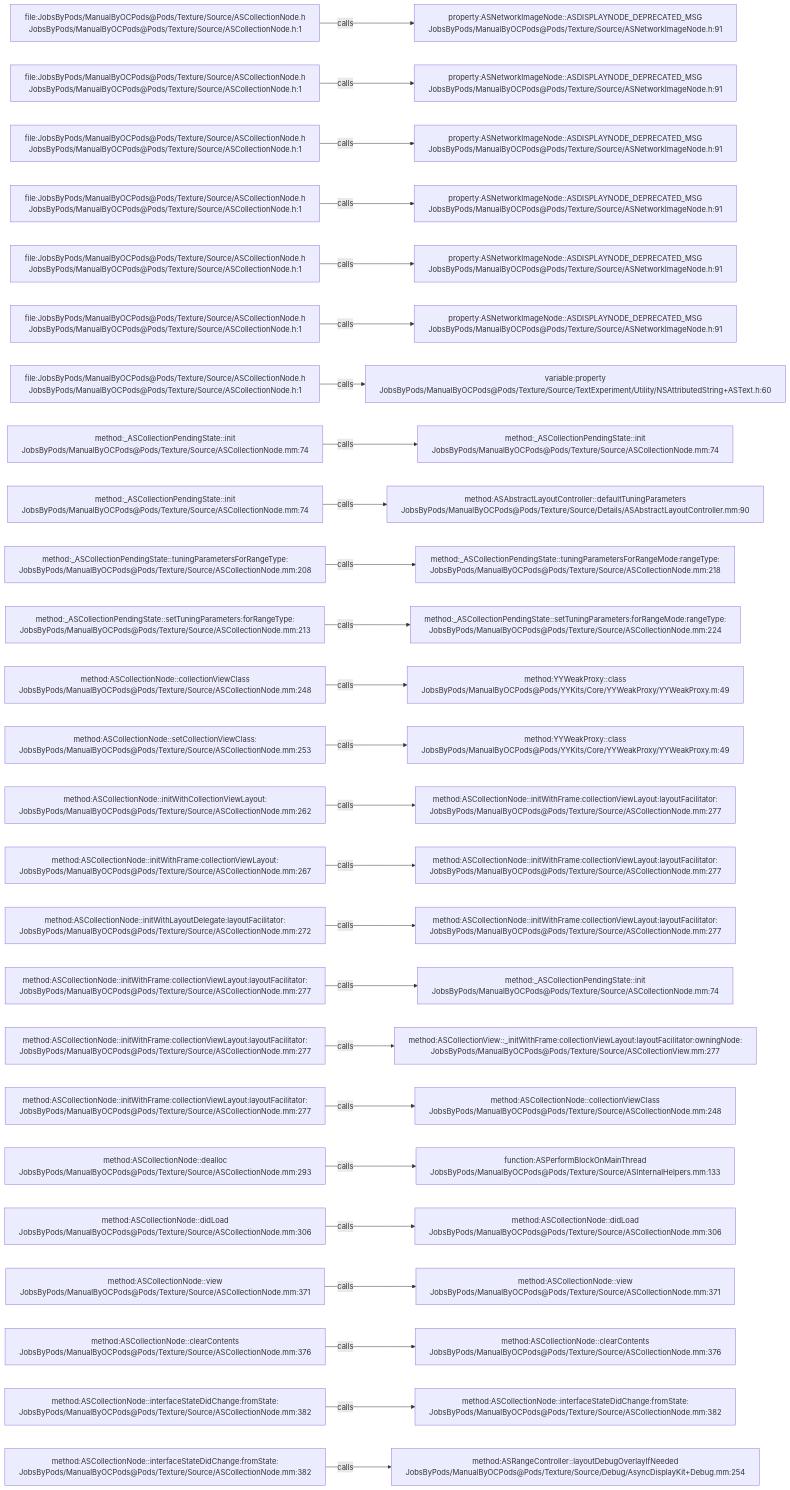
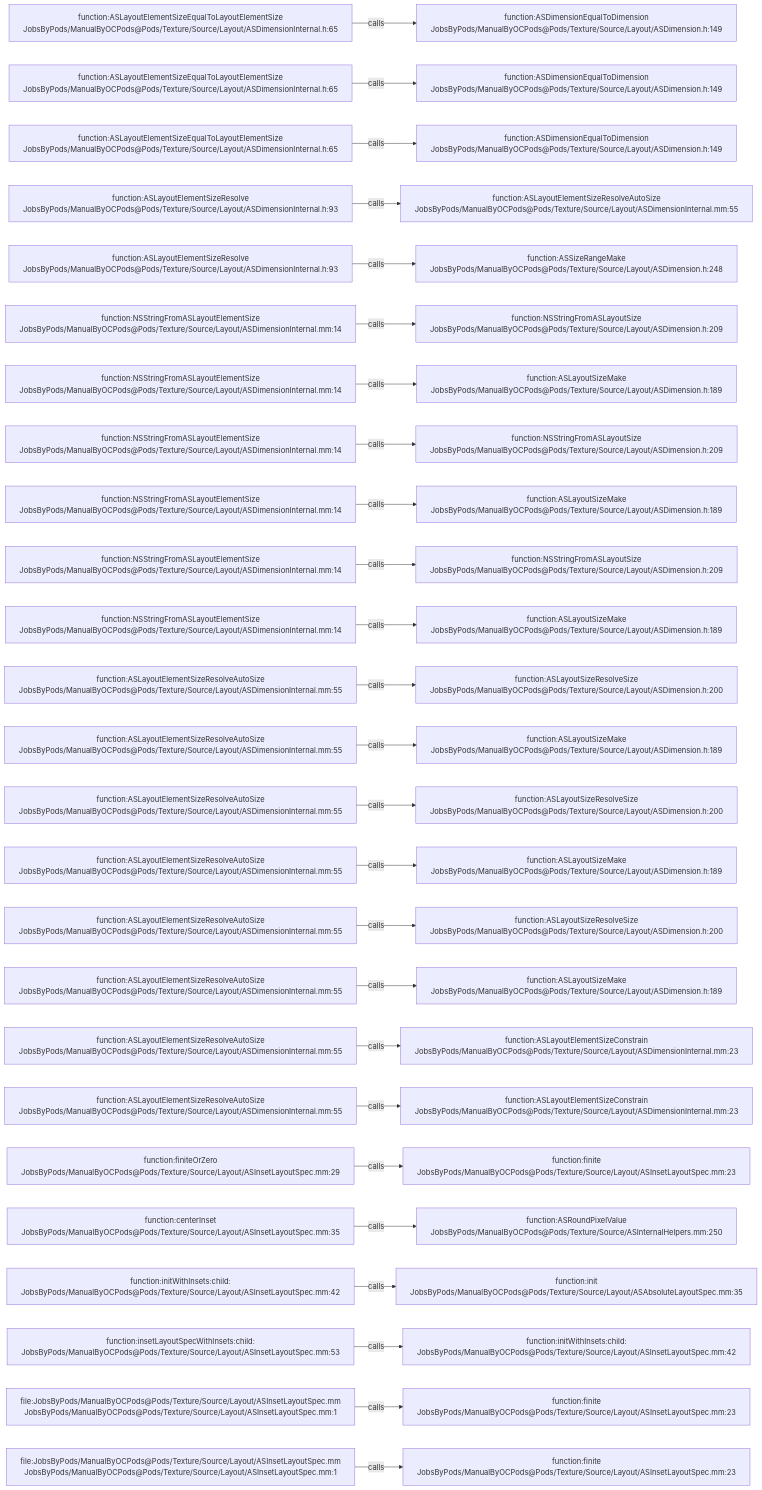
Before and after one commit to JobsKits/JobsOCBaseConfigDemo: the diagram in .codegraph/codegraph.md/graphs/calls-185.md, drawn with Mermaid. The commit also changed 2162 other files, not shown here.

````diff
--- a/.codegraph/codegraph.md/graphs/calls-185.md
+++ b/.codegraph/codegraph.md/graphs/calls-185.md
@@ -13,78 +13,78 @@
 ```mermaid
 flowchart LR
-  S1["file:JobsByPods/ManualByOCPods@Pods/Texture/Source/ASCollectionNode.h<br/>JobsByPods/ManualByOCPods@Pods/Texture/Source/ASCollectionNode.h:1"]
-  T1["property:ASNetworkImageNode::ASDISPLAYNODE_DEPRECATED_MSG<br/>JobsByPods/ManualByOCPods@Pods/Texture/Source/ASNetworkImageNode.h:91"]
+  S1["function:ASLayoutElementSizeEqualToLayoutElementSize<br/>JobsByPods/ManualByOCPods@Pods/Texture/Source/Layout/ASDimensionInternal.h:65"]
+  T1["function:ASDimensionEqualToDimension<br/>JobsByPods/ManualByOCPods@Pods/Texture/Source/Layout/ASDimension.h:149"]
   S1 -->|calls| T1
-  S2["file:JobsByPods/ManualByOCPods@Pods/Texture/Source/ASCollectionNode.h<br/>JobsByPods/ManualByOCPods@Pods/Texture/Source/ASCollectionNode.h:1"]
-  T2["property:ASNetworkImageNode::ASDISPLAYNODE_DEPRECATED_MSG<br/>JobsByPods/ManualByOCPods@Pods/Texture/Source/ASNetworkImageNode.h:91"]
+  S2["function:ASLayoutElementSizeEqualToLayoutElementSize<br/>JobsByPods/ManualByOCPods@Pods/Texture/Source/Layout/ASDimensionInternal.h:65"]
+  T2["function:ASDimensionEqualToDimension<br/>JobsByPods/ManualByOCPods@Pods/Texture/Source/Layout/ASDimension.h:149"]
   S2 -->|calls| T2
-  S3["file:JobsByPods/ManualByOCPods@Pods/Texture/Source/ASCollectionNode.h<br/>JobsByPods/ManualByOCPods@Pods/Texture/Source/ASCollectionNode.h:1"]
-  T3["property:ASNetworkImageNode::ASDISPLAYNODE_DEPRECATED_MSG<br/>JobsByPods/ManualByOCPods@Pods/Texture/Source/ASNetworkImageNode.h:91"]
+  S3["function:ASLayoutElementSizeEqualToLayoutElementSize<br/>JobsByPods/ManualByOCPods@Pods/Texture/Source/Layout/ASDimensionInternal.h:65"]
+  T3["function:ASDimensionEqualToDimension<br/>JobsByPods/ManualByOCPods@Pods/Texture/Source/Layout/ASDimension.h:149"]
   S3 -->|calls| T3
-  S4["file:JobsByPods/ManualByOCPods@Pods/Texture/Source/ASCollectionNode.h<br/>JobsByPods/ManualByOCPods@Pods/Texture/Source/ASCollectionNode.h:1"]
-  T4["property:ASNetworkImageNode::ASDISPLAYNODE_DEPRECATED_MSG<br/>JobsByPods/ManualByOCPods@Pods/Texture/Source/ASNetworkImageNode.h:91"]
+  S4["function:ASLayoutElementSizeResolve<br/>JobsByPods/ManualByOCPods@Pods/Texture/Source/Layout/ASDimensionInternal.h:93"]
+  T4["function:ASLayoutElementSizeResolveAutoSize<br/>JobsByPods/ManualByOCPods@Pods/Texture/Source/Layout/ASDimensionInternal.mm:55"]
   S4 -->|calls| T4
-  S5["file:JobsByPods/ManualByOCPods@Pods/Texture/Source/ASCollectionNode.h<br/>JobsByPods/ManualByOCPods@Pods/Texture/Source/ASCollectionNode.h:1"]
-  T5["property:ASNetworkImageNode::ASDISPLAYNODE_DEPRECATED_MSG<br/>JobsByPods/ManualByOCPods@Pods/Texture/Source/ASNetworkImageNode.h:91"]
+  S5["function:ASLayoutElementSizeResolve<br/>JobsByPods/ManualByOCPods@Pods/Texture/Source/Layout/ASDimensionInternal.h:93"]
+  T5["function:ASSizeRangeMake<br/>JobsByPods/ManualByOCPods@Pods/Texture/Source/Layout/ASDimension.h:248"]
   S5 -->|calls| T5
-  S6["file:JobsByPods/ManualByOCPods@Pods/Texture/Source/ASCollectionNode.h<br/>JobsByPods/ManualByOCPods@Pods/Texture/Source/ASCollectionNode.h:1"]
-  T6["property:ASNetworkImageNode::ASDISPLAYNODE_DEPRECATED_MSG<br/>JobsByPods/ManualByOCPods@Pods/Texture/Source/ASNetworkImageNode.h:91"]
+  S6["function:NSStringFromASLayoutElementSize<br/>JobsByPods/ManualByOCPods@Pods/Texture/Source/Layout/ASDimensionInternal.mm:14"]
+  T6["function:NSStringFromASLayoutSize<br/>JobsByPods/ManualByOCPods@Pods/Texture/Source/Layout/ASDimension.h:209"]
   S6 -->|calls| T6
-  S7["file:JobsByPods/ManualByOCPods@Pods/Texture/Source/ASCollectionNode.h<br/>JobsByPods/ManualByOCPods@Pods/Texture/Source/ASCollectionNode.h:1"]
-  T7["variable:property<br/>JobsByPods/ManualByOCPods@Pods/Texture/Source/TextExperiment/Utility/NSAttributedString+ASText.h:60"]
+  S7["function:NSStringFromASLayoutElementSize<br/>JobsByPods/ManualByOCPods@Pods/Texture/Source/Layout/ASDimensionInternal.mm:14"]
+  T7["function:ASLayoutSizeMake<br/>JobsByPods/ManualByOCPods@Pods/Texture/Source/Layout/ASDimension.h:189"]
   S7 -->|calls| T7
-  S8["method:_ASCollectionPendingState::init<br/>JobsByPods/ManualByOCPods@Pods/Texture/Source/ASCollectionNode.mm:74"]
-  T8["method:_ASCollectionPendingState::init<br/>JobsByPods/ManualByOCPods@Pods/Texture/Source/ASCollectionNode.mm:74"]
+  S8["function:NSStringFromASLayoutElementSize<br/>JobsByPods/ManualByOCPods@Pods/Texture/Source/Layout/ASDimensionInternal.mm:14"]
+  T8["function:NSStringFromASLayoutSize<br/>JobsByPods/ManualByOCPods@Pods/Texture/Source/Layout/ASDimension.h:209"]
   S8 -->|calls| T8
-  S9["method:_ASCollectionPendingState::init<br/>JobsByPods/ManualByOCPods@Pods/Texture/Source/ASCollectionNode.mm:74"]
-  T9["method:ASAbstractLayoutController::defaultTuningParameters<br/>JobsByPods/ManualByOCPods@Pods/Texture/Source/Details/ASAbstractLayoutController.mm:90"]
+  S9["function:NSStringFromASLayoutElementSize<br/>JobsByPods/ManualByOCPods@Pods/Texture/Source/Layout/ASDimensionInternal.mm:14"]
+  T9["function:ASLayoutSizeMake<br/>JobsByPods/ManualByOCPods@Pods/Texture/Source/Layout/ASDimension.h:189"]
   S9 -->|calls| T9
-  S10["method:_ASCollectionPendingState::tuningParametersForRangeType:<br/>JobsByPods/ManualByOCPods@Pods/Texture/Source/ASCollectionNode.mm:208"]
-  T10["method:_ASCollectionPendingState::tuningParametersForRangeMode:rangeType:<br/>JobsByPods/ManualByOCPods@Pods/Texture/Source/ASCollectionNode.mm:218"]
+  S10["function:NSStringFromASLayoutElementSize<br/>JobsByPods/ManualByOCPods@Pods/Texture/Source/Layout/ASDimensionInternal.mm:14"]
+  T10["function:NSStringFromASLayoutSize<br/>JobsByPods/ManualByOCPods@Pods/Texture/Source/Layout/ASDimension.h:209"]
   S10 -->|calls| T10
-  S11["method:_ASCollectionPendingState::setTuningParameters:forRangeType:<br/>JobsByPods/ManualByOCPods@Pods/Texture/Source/ASCollectionNode.mm:213"]
-  T11["method:_ASCollectionPendingState::setTuningParameters:forRangeMode:rangeType:<br/>JobsByPods/ManualByOCPods@Pods/Texture/Source/ASCollectionNode.mm:224"]
+  S11["function:NSStringFromASLayoutElementSize<br/>JobsByPods/ManualByOCPods@Pods/Texture/Source/Layout/ASDimensionInternal.mm:14"]
+  T11["function:ASLayoutSizeMake<br/>JobsByPods/ManualByOCPods@Pods/Texture/Source/Layout/ASDimension.h:189"]
   S11 -->|calls| T11
-  S12["method:ASCollectionNode::collectionViewClass<br/>JobsByPods/ManualByOCPods@Pods/Texture/Source/ASCollectionNode.mm:248"]
-  T12["method:YYWeakProxy::class<br/>JobsByPods/ManualByOCPods@Pods/YYKits/Core/YYWeakProxy/YYWeakProxy.m:49"]
+  S12["function:ASLayoutElementSizeResolveAutoSize<br/>JobsByPods/ManualByOCPods@Pods/Texture/Source/Layout/ASDimensionInternal.mm:55"]
+  T12["function:ASLayoutSizeResolveSize<br/>JobsByPods/ManualByOCPods@Pods/Texture/Source/Layout/ASDimension.h:200"]
   S12 -->|calls| T12
-  S13["method:ASCollectionNode::setCollectionViewClass:<br/>JobsByPods/ManualByOCPods@Pods/Texture/Source/ASCollectionNode.mm:253"]
-  T13["method:YYWeakProxy::class<br/>JobsByPods/ManualByOCPods@Pods/YYKits/Core/YYWeakProxy/YYWeakProxy.m:49"]
+  S13["function:ASLayoutElementSizeResolveAutoSize<br/>JobsByPods/ManualByOCPods@Pods/Texture/Source/Layout/ASDimensionInternal.mm:55"]
+  T13["function:ASLayoutSizeMake<br/>JobsByPods/ManualByOCPods@Pods/Texture/Source/Layout/ASDimension.h:189"]
   S13 -->|calls| T13
-  S14["method:ASCollectionNode::initWithCollectionViewLayout:<br/>JobsByPods/ManualByOCPods@Pods/Texture/Source/ASCollectionNode.mm:262"]
-  T14["method:ASCollectionNode::initWithFrame:collectionViewLayout:layoutFacilitator:<br/>JobsByPods/ManualByOCPods@Pods/Texture/Source/ASCollectionNode.mm:277"]
+  S14["function:ASLayoutElementSizeResolveAutoSize<br/>JobsByPods/ManualByOCPods@Pods/Texture/Source/Layout/ASDimensionInternal.mm:55"]
+  T14["function:ASLayoutSizeResolveSize<br/>JobsByPods/ManualByOCPods@Pods/Texture/Source/Layout/ASDimension.h:200"]
   S14 -->|calls| T14
-  S15["method:ASCollectionNode::initWithFrame:collectionViewLayout:<br/>JobsByPods/ManualByOCPods@Pods/Texture/Source/ASCollectionNode.mm:267"]
-  T15["method:ASCollectionNode::initWithFrame:collectionViewLayout:layoutFacilitator:<br/>JobsByPods/ManualByOCPods@Pods/Texture/Source/ASCollectionNode.mm:277"]
+  S15["function:ASLayoutElementSizeResolveAutoSize<br/>JobsByPods/ManualByOCPods@Pods/Texture/Source/Layout/ASDimensionInternal.mm:55"]
+  T15["function:ASLayoutSizeMake<br/>JobsByPods/ManualByOCPods@Pods/Texture/Source/Layout/ASDimension.h:189"]
   S15 -->|calls| T15
-  S16["method:ASCollectionNode::initWithLayoutDelegate:layoutFacilitator:<br/>JobsByPods/ManualByOCPods@Pods/Texture/Source/ASCollectionNode.mm:272"]
-  T16["method:ASCollectionNode::initWithFrame:collectionViewLayout:layoutFacilitator:<br/>JobsByPods/ManualByOCPods@Pods/Texture/Source/ASCollectionNode.mm:277"]
+  S16["function:ASLayoutElementSizeResolveAutoSize<br/>JobsByPods/ManualByOCPods@Pods/Texture/Source/Layout/ASDimensionInternal.mm:55"]
+  T16["function:ASLayoutSizeResolveSize<br/>JobsByPods/ManualByOCPods@Pods/Texture/Source/Layout/ASDimension.h:200"]
   S16 -->|calls| T16
-  S17["method:ASCollectionNode::initWithFrame:collectionViewLayout:layoutFacilitator:<br/>JobsByPods/ManualByOCPods@Pods/Texture/Source/ASCollectionNode.mm:277"]
-  T17["method:_ASCollectionPendingState::init<br/>JobsByPods/ManualByOCPods@Pods/Texture/Source/ASCollectionNode.mm:74"]
+  S17["function:ASLayoutElementSizeResolveAutoSize<br/>JobsByPods/ManualByOCPods@Pods/Texture/Source/Layout/ASDimensionInternal.mm:55"]
+  T17["function:ASLayoutSizeMake<br/>JobsByPods/ManualByOCPods@Pods/Texture/Source/Layout/ASDimension.h:189"]
   S17 -->|calls| T17
-  S18["method:ASCollectionNode::initWithFrame:collectionViewLayout:layoutFacilitator:<br/>JobsByPods/ManualByOCPods@Pods/Texture/Source/ASCollectionNode.mm:277"]
-  T18["method:ASCollectionView::_initWithFrame:collectionViewLayout:layoutFacilitator:owningNode:<br/>JobsByPods/ManualByOCPods@Pods/Texture/Source/ASCollectionView.mm:277"]
+  S18["function:ASLayoutElementSizeResolveAutoSize<br/>JobsByPods/ManualByOCPods@Pods/Texture/Source/Layout/ASDimensionInternal.mm:55"]
+  T18["function:ASLayoutElementSizeConstrain<br/>JobsByPods/ManualByOCPods@Pods/Texture/Source/Layout/ASDimensionInternal.mm:23"]
   S18 -->|calls| T18
-  S19["method:ASCollectionNode::initWithFrame:collectionViewLayout:layoutFacilitator:<br/>JobsByPods/ManualByOCPods@Pods/Texture/Source/ASCollectionNode.mm:277"]
-  T19["method:ASCollectionNode::collectionViewClass<br/>JobsByPods/ManualByOCPods@Pods/Texture/Source/ASCollectionNode.mm:248"]
+  S19["function:ASLayoutElementSizeResolveAutoSize<br/>JobsByPods/ManualByOCPods@Pods/Texture/Source/Layout/ASDimensionInternal.mm:55"]
+  T19["function:ASLayoutElementSizeConstrain<br/>JobsByPods/ManualByOCPods@Pods/Texture/Source/Layout/ASDimensionInternal.mm:23"]
   S19 -->|calls| T19
-  S20["method:ASCollectionNode::dealloc<br/>JobsByPods/ManualByOCPods@Pods/Texture/Source/ASCollectionNode.mm:293"]
-  T20["function:ASPerformBlockOnMainThread<br/>JobsByPods/ManualByOCPods@Pods/Texture/Source/ASInternalHelpers.mm:133"]
+  S20["function:finiteOrZero<br/>JobsByPods/ManualByOCPods@Pods/Texture/Source/Layout/ASInsetLayoutSpec.mm:29"]
+  T20["function:finite<br/>JobsByPods/ManualByOCPods@Pods/Texture/Source/Layout/ASInsetLayoutSpec.mm:23"]
   S20 -->|calls| T20
-  S21["method:ASCollectionNode::didLoad<br/>JobsByPods/ManualByOCPods@Pods/Texture/Source/ASCollectionNode.mm:306"]
-  T21["method:ASCollectionNode::didLoad<br/>JobsByPods/ManualByOCPods@Pods/Texture/Source/ASCollectionNode.mm:306"]
+  S21["function:centerInset<br/>JobsByPods/ManualByOCPods@Pods/Texture/Source/Layout/ASInsetLayoutSpec.mm:35"]
+  T21["function:ASRoundPixelValue<br/>JobsByPods/ManualByOCPods@Pods/Texture/Source/ASInternalHelpers.mm:250"]
   S21 -->|calls| T21
-  S22["method:ASCollectionNode::view<br/>JobsByPods/ManualByOCPods@Pods/Texture/Source/ASCollectionNode.mm:371"]
-  T22["method:ASCollectionNode::view<br/>JobsByPods/ManualByOCPods@Pods/Texture/Source/ASCollectionNode.mm:371"]
+  S22["function:initWithInsets:child:<br/>JobsByPods/ManualByOCPods@Pods/Texture/Source/Layout/ASInsetLayoutSpec.mm:42"]
+  T22["function:init<br/>JobsByPods/ManualByOCPods@Pods/Texture/Source/Layout/ASAbsoluteLayoutSpec.mm:35"]
   S22 -->|calls| T22
-  S23["method:ASCollectionNode::clearContents<br/>JobsByPods/ManualByOCPods@Pods/Texture/Source/ASCollectionNode.mm:376"]
-  T23["method:ASCollectionNode::clearContents<br/>JobsByPods/ManualByOCPods@Pods/Texture/Source/ASCollectionNode.mm:376"]
+  S23["function:insetLayoutSpecWithInsets:child:<br/>JobsByPods/ManualByOCPods@Pods/Texture/Source/Layout/ASInsetLayoutSpec.mm:53"]
+  T23["function:initWithInsets:child:<br/>JobsByPods/ManualByOCPods@Pods/Texture/Source/Layout/ASInsetLayoutSpec.mm:42"]
   S23 -->|calls| T23
-  S24["method:ASCollectionNode::interfaceStateDidChange:fromState:<br/>JobsByPods/ManualByOCPods@Pods/Texture/Source/ASCollectionNode.mm:382"]
-  T24["method:ASCollectionNode::interfaceStateDidChange:fromState:<br/>JobsByPods/ManualByOCPods@Pods/Texture/Source/ASCollectionNode.mm:382"]
+  S24["file:JobsByPods/ManualByOCPods@Pods/Texture/Source/Layout/ASInsetLayoutSpec.mm<br/>JobsByPods/ManualByOCPods@Pods/Texture/Source/Layout/ASInsetLayoutSpec.mm:1"]
+  T24["function:finite<br/>JobsByPods/ManualByOCPods@Pods/Texture/Source/Layout/ASInsetLayoutSpec.mm:23"]
   S24 -->|calls| T24
-  S25["method:ASCollectionNode::interfaceStateDidChange:fromState:<br/>JobsByPods/ManualByOCPods@Pods/Texture/Source/ASCollectionNode.mm:382"]
-  T25["method:ASRangeController::layoutDebugOverlayIfNeeded<br/>JobsByPods/ManualByOCPods@Pods/Texture/Source/Debug/AsyncDisplayKit+Debug.mm:254"]
+  S25["file:JobsByPods/ManualByOCPods@Pods/Texture/Source/Layout/ASInsetLayoutSpec.mm<br/>JobsByPods/ManualByOCPods@Pods/Texture/Source/Layout/ASInsetLayoutSpec.mm:1"]
+  T25["function:finite<br/>JobsByPods/ManualByOCPods@Pods/Texture/Source/Layout/ASInsetLayoutSpec.mm:23"]
   S25 -->|calls| T25
 ```
````
